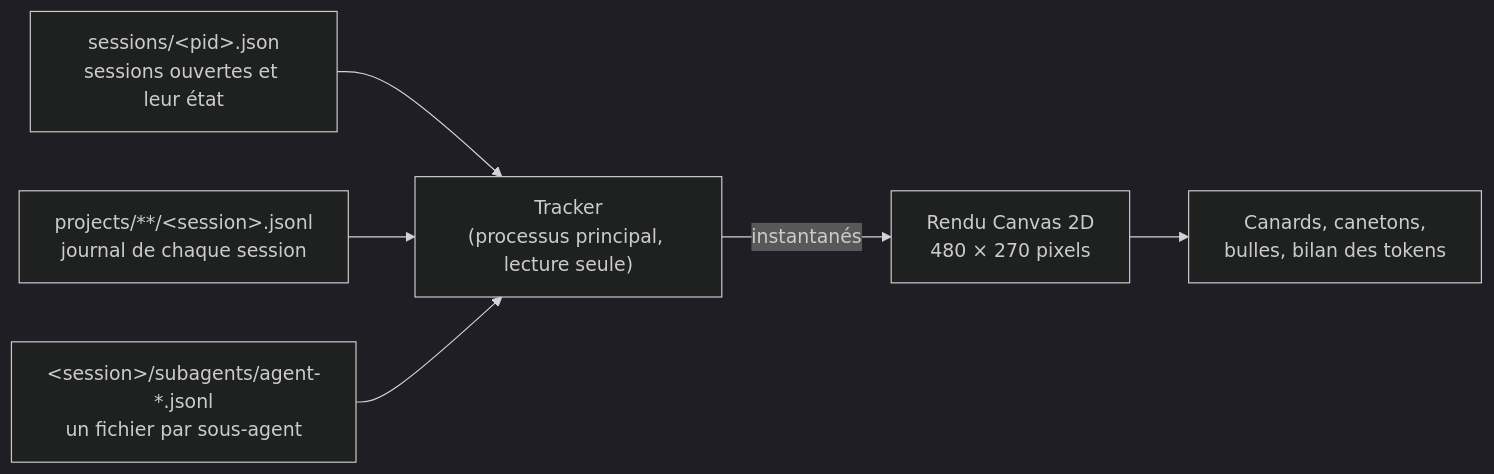
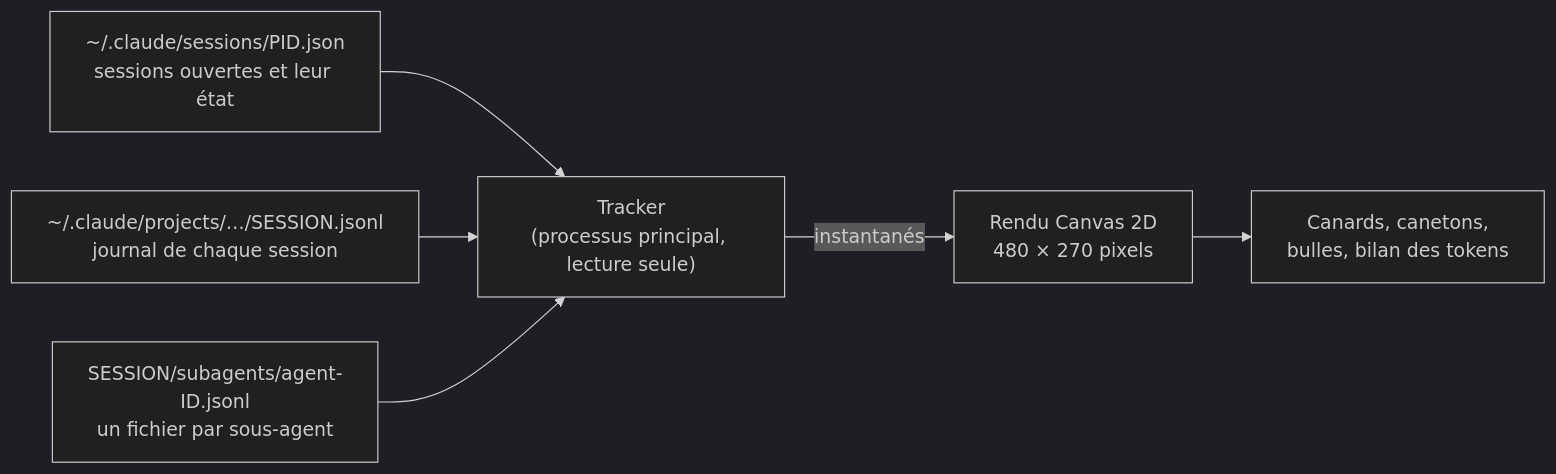
The diagram in README.md (giregls/duck-office), drawn with Mermaid (dark theme) before and after one commit.

Commit message:
README : schéma Mermaid sans chevrons

````diff
--- a/README.md
+++ b/README.md
@@ -108,8 +108,8 @@
 ```mermaid
 flowchart LR
-  S["sessions/&lt;pid&gt;.json<br/>sessions ouvertes et leur état"] --> T
-  J["projects/**/&lt;session&gt;.jsonl<br/>journal de chaque session"] --> T
-  A["&lt;session&gt;/subagents/agent-*.jsonl<br/>un fichier par sous-agent"] --> T
+  S["~/.claude/sessions/PID.json<br/>sessions ouvertes et leur état"] --> T
+  J["~/.claude/projects/…/SESSION.jsonl<br/>journal de chaque session"] --> T
+  A["SESSION/subagents/agent-ID.jsonl<br/>un fichier par sous-agent"] --> T
   T["Tracker<br/>(processus principal, lecture seule)"] -- "instantanés" --> R["Rendu Canvas 2D<br/>480 × 270 pixels"]
   R --> O["Canards, canetons,<br/>bulles, bilan des tokens"]
 ```
````
